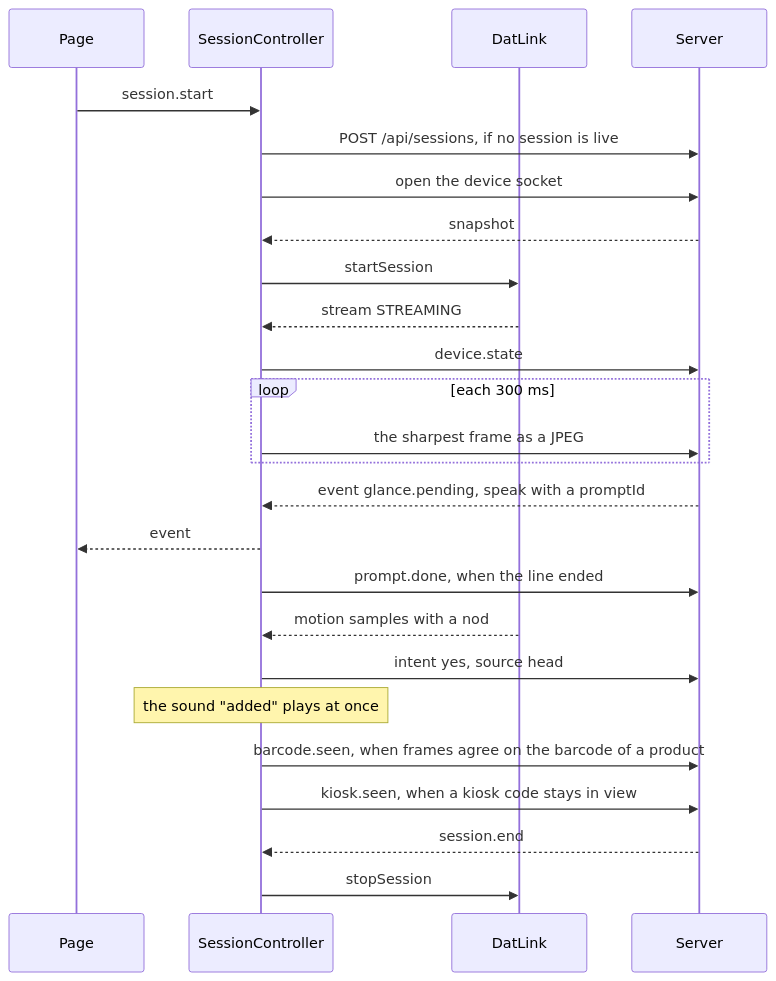
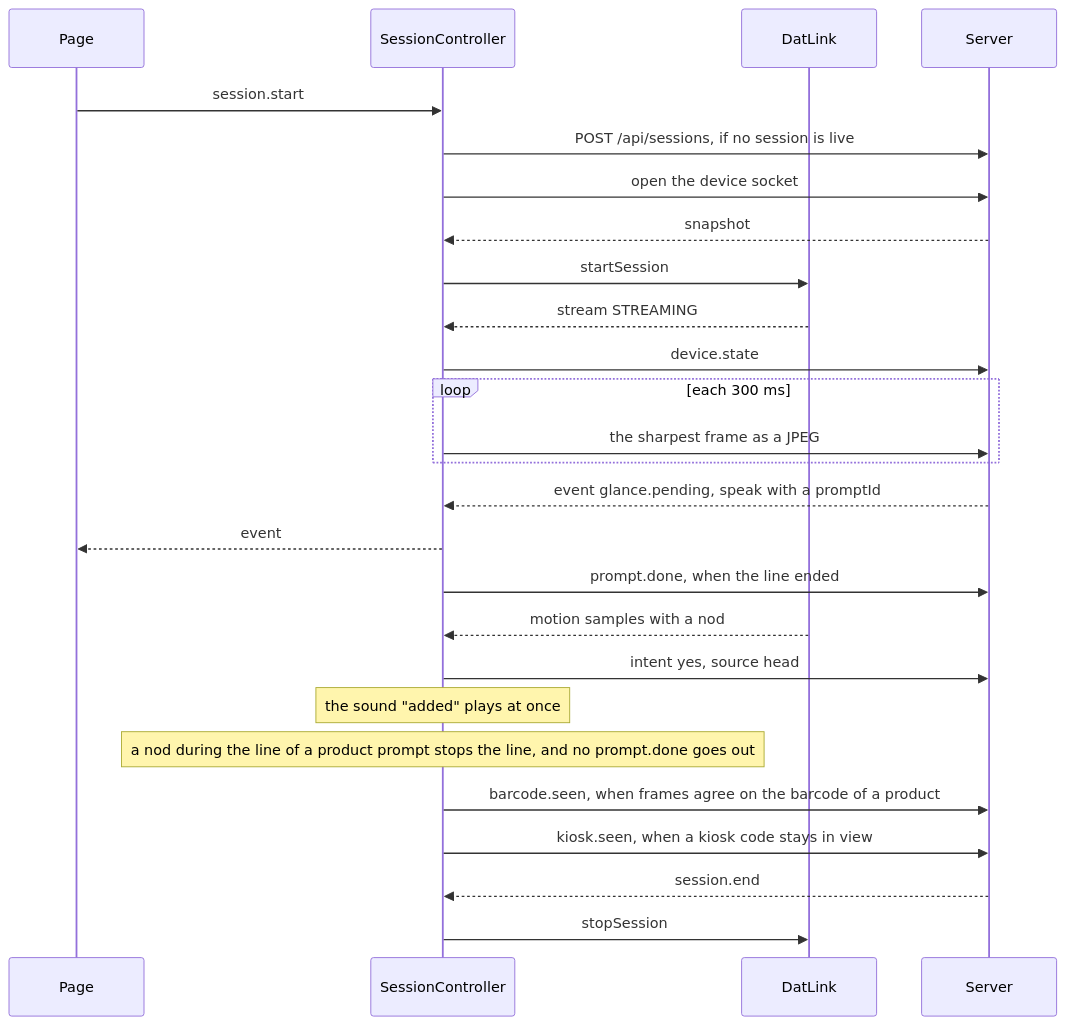
The third of 7 diagrams in apps/mobile/android/README.md (mrBymax/glance), drawn with Mermaid before and after one commit. The commit also changed other lines of this file and 8 other files, not shown here.

First line of the commit message:
feat(android): take a nod while the line of a product prompt plays

````diff
--- a/apps/mobile/android/README.md
+++ b/apps/mobile/android/README.md
@@ -115,27 +115,28 @@
 ```mermaid
 sequenceDiagram
     participant Page
     participant App as SessionController
     participant Glasses as DatLink
     participant Server
     Page->>App: session.start
     App->>Server: POST /api/sessions, if no session is live
     App->>Server: open the device socket
     Server-->>App: snapshot
     App->>Glasses: startSession
     Glasses-->>App: stream STREAMING
     App->>Server: device.state
     loop each 300 ms
         App->>Server: the sharpest frame as a JPEG
     end
     Server-->>App: event glance.pending, speak with a promptId
     App-->>Page: event
     App->>Server: prompt.done, when the line ended
     Glasses-->>App: motion samples with a nod
     App->>Server: intent yes, source head
     Note over App: the sound "added" plays at once
+    Note over App: a nod during the line of a product prompt stops the line, and no prompt.done goes out
     App->>Server: barcode.seen, when frames agree on the barcode of a product
     App->>Server: kiosk.seen, when a kiosk code stays in view
     Server-->>App: session.end
     App->>Glasses: stopSession
 ```
````
